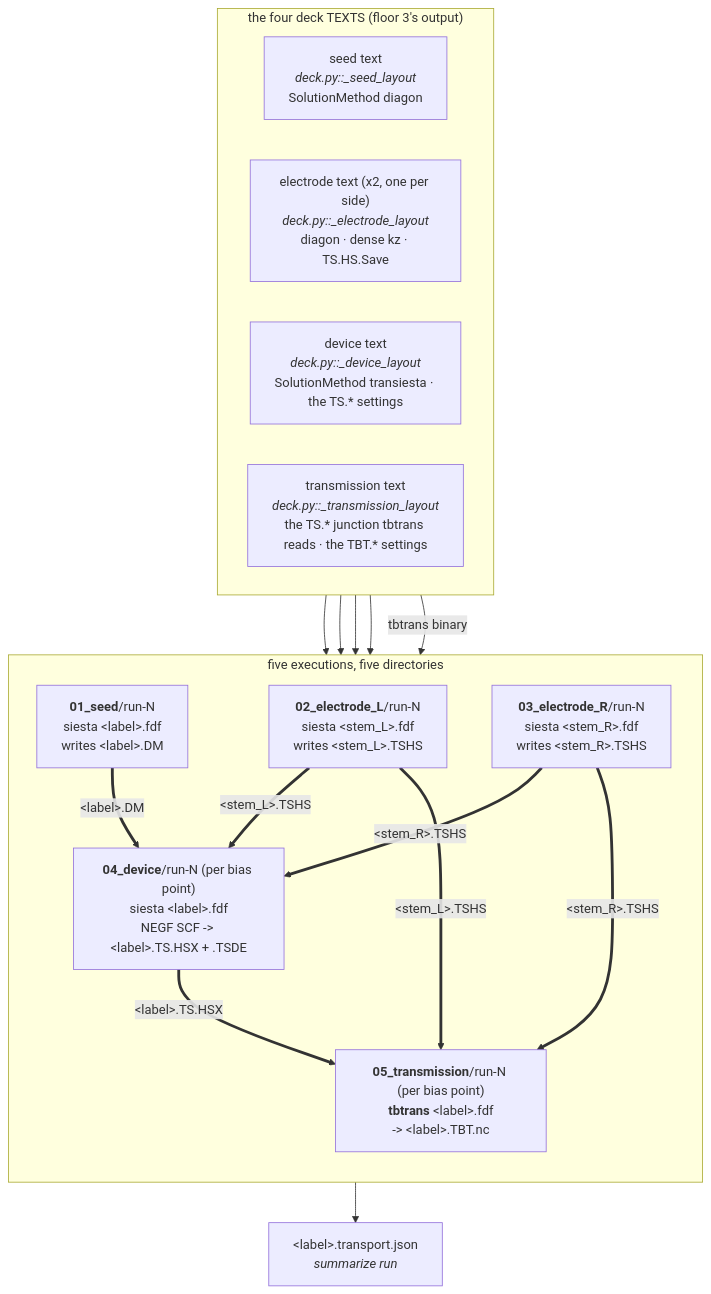
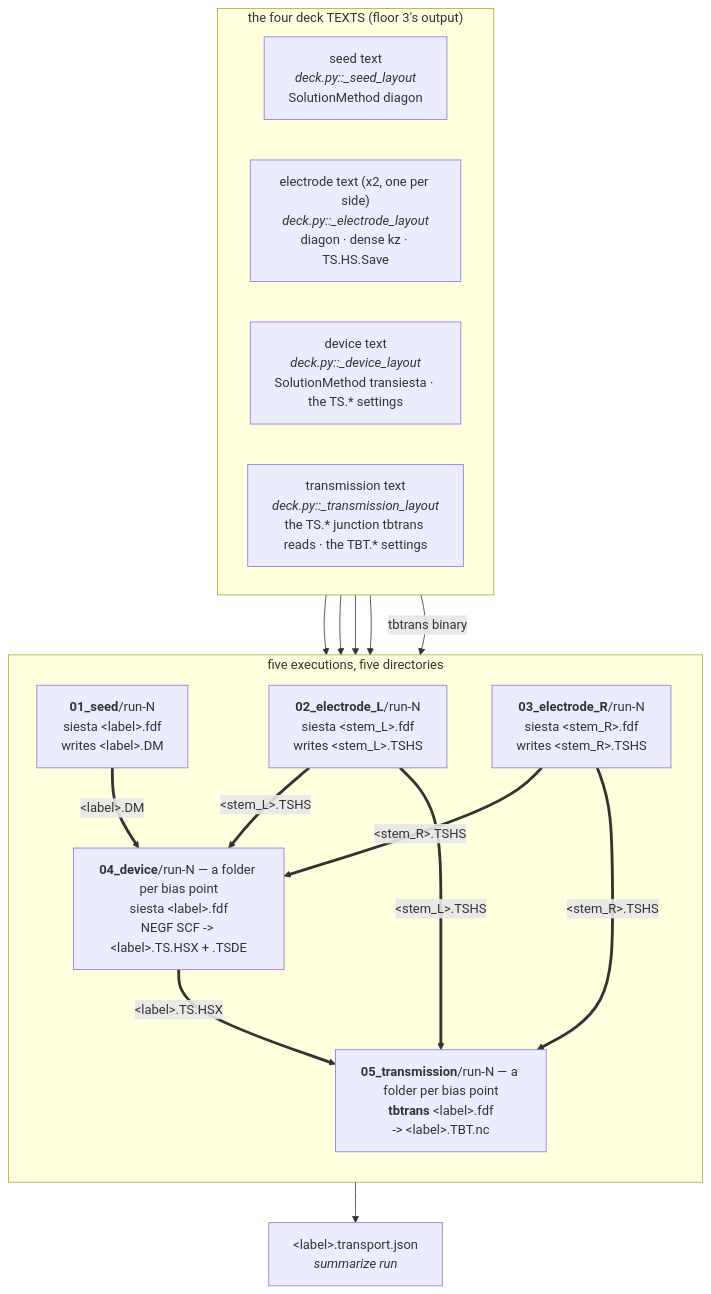
Before and after one commit to Qing-LAB/molbuilder: diagram 12 of 13 in docs/engines/transport.md, drawn with Mermaid. The commit also changed other lines of this file and 4 other files, not shown here.

First line of the commit message:
A bias sweep is one run, and the procedure on one page (transport 2a.11, 1.1)

````diff
--- a/docs/engines/transport.md
+++ b/docs/engines/transport.md
@@ -2795,33 +3226,33 @@
 ```mermaid
 flowchart TB
     subgraph TXT["the four deck TEXTS (floor 3's output)"]
       direction LR
       T1["seed text<br/><i>deck.py::_seed_layout</i><br/>SolutionMethod diagon"]
       T2["electrode text (x2, one per side)<br/><i>deck.py::_electrode_layout</i><br/>diagon · dense kz · TS.HS.Save"]
       T3["device text<br/><i>deck.py::_device_layout</i><br/>SolutionMethod transiesta · the TS.* settings"]
       T4["transmission text<br/><i>deck.py::_transmission_layout</i><br/>the TS.* junction tbtrans reads · the TBT.* settings"]
     end
 
     T1 --> S1
     T2 --> S2
     T2 --> S3
     T3 --> S4
     T4 -->|"tbtrans binary"| S5
 
     subgraph RUN["five executions, five directories"]
       direction TB
       S1["<b>01_seed</b>/run-N<br/>siesta &lt;label&gt;.fdf<br/>writes &lt;label&gt;.DM"]
       S2["<b>02_electrode_L</b>/run-N<br/>siesta &lt;stem_L&gt;.fdf<br/>writes &lt;stem_L&gt;.TSHS"]
       S3["<b>03_electrode_R</b>/run-N<br/>siesta &lt;stem_R&gt;.fdf<br/>writes &lt;stem_R&gt;.TSHS"]
-      S4["<b>04_device</b>/run-N (per bias point)<br/>siesta &lt;label&gt;.fdf<br/>NEGF SCF -> &lt;label&gt;.TS.HSX + .TSDE"]
-      S5["<b>05_transmission</b>/run-N (per bias point)<br/><b>tbtrans</b> &lt;label&gt;.fdf<br/>-> &lt;label&gt;.TBT.nc"]
+      S4["<b>04_device</b>/run-N — a folder per bias point<br/>siesta &lt;label&gt;.fdf<br/>NEGF SCF -> &lt;label&gt;.TS.HSX + .TSDE"]
+      S5["<b>05_transmission</b>/run-N — a folder per bias point<br/><b>tbtrans</b> &lt;label&gt;.fdf<br/>-> &lt;label&gt;.TBT.nc"]
     end
 
     S1 ==>|"&lt;label&gt;.DM"| S4
     S2 ==>|"&lt;stem_L&gt;.TSHS"| S4
     S3 ==>|"&lt;stem_R&gt;.TSHS"| S4
     S2 ==>|"&lt;stem_L&gt;.TSHS"| S5
     S3 ==>|"&lt;stem_R&gt;.TSHS"| S5
     S4 ==>|"&lt;label&gt;.TS.HSX"| S5
     S5 --> REC["&lt;label&gt;.transport.json<br/><i>summarize run</i>"]
 ```
````
